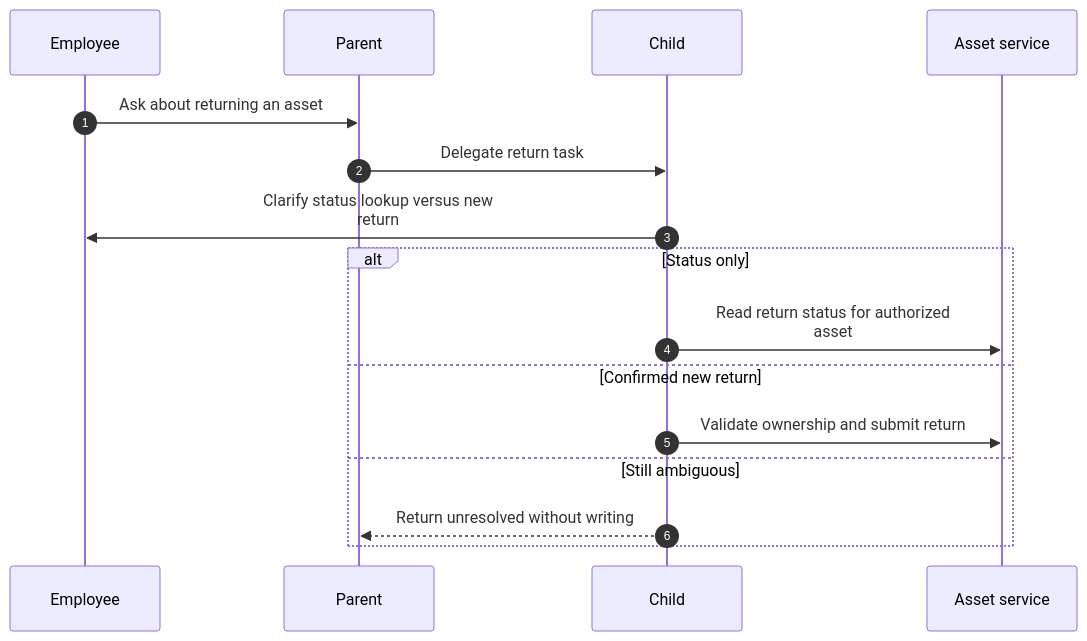
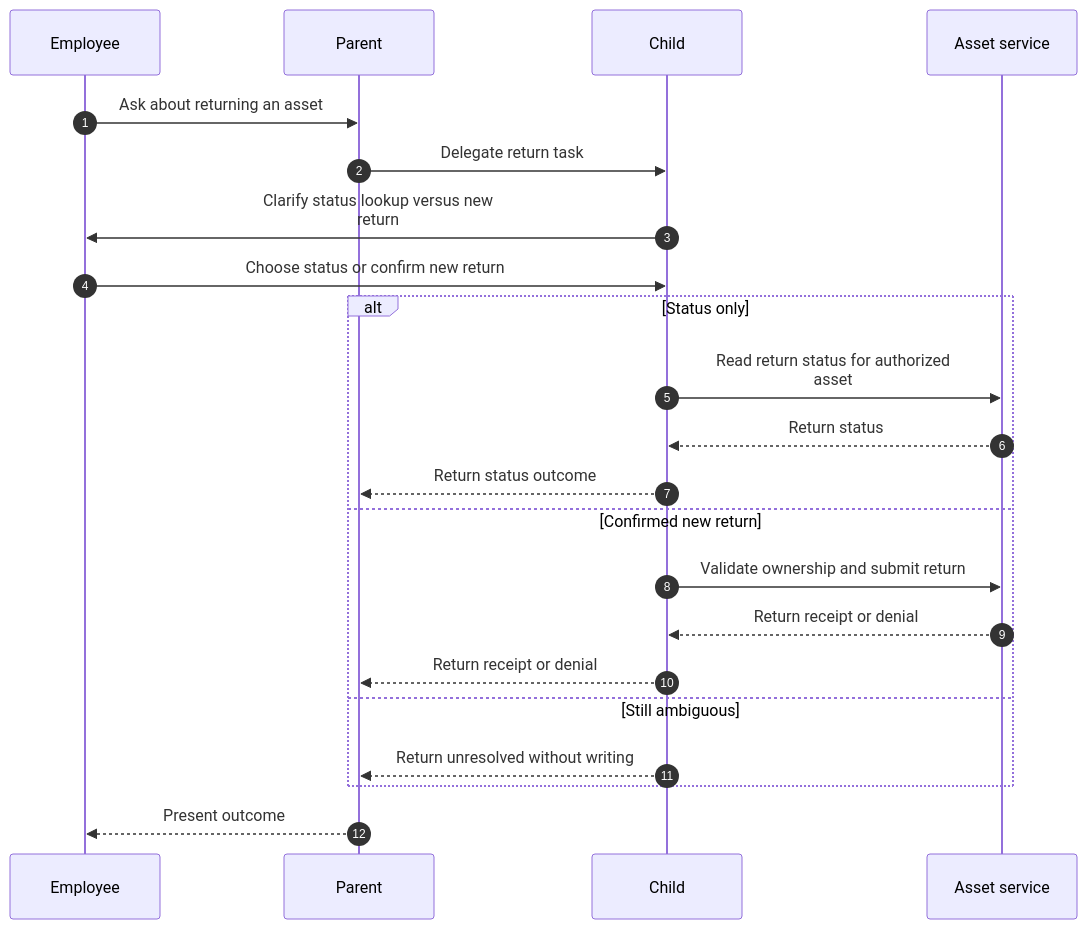
One commit to abhishek-ai-enabler/copilotstudio-architecture-patterns changed the second of 2 diagrams in technical-patterns/child-agent.md. Above: the diagram before and after it, drawn with Mermaid. The commit also changed other lines of this file and 41 other files, not shown here.

First line of the commit message:
Review diagrams: add return paths and fix flow accuracy

````diff
--- a/technical-patterns/child-agent.md
+++ b/technical-patterns/child-agent.md
@@ -31,19 +32,25 @@
 ```mermaid
 sequenceDiagram
     accTitle: Group one specialist task inside a parent agent - technical flow
     autonumber
     participant U as Employee
     participant P as Parent
     participant C as Child
     participant I as Asset service
     U->>P: Ask about returning an asset
     P->>C: Delegate return task
     C->>U: Clarify status lookup versus new<br/>return
+    U->>C: Choose status or confirm new return
     alt Status only
-        C->>I: Read return status for authorized<br/>asset
+      C->>I: Read return status for authorized<br/>asset
+      I-->>C: Return status
+      C-->>P: Return status outcome
     else Confirmed new return
-        C->>I: Validate ownership and submit return
+      C->>I: Validate ownership and submit return
+      I-->>C: Return receipt or denial
+      C-->>P: Return receipt or denial
     else Still ambiguous
-        C-->>P: Return unresolved without writing
+      C-->>P: Return unresolved without writing
     end
+    P-->>U: Present outcome
 ```
````
